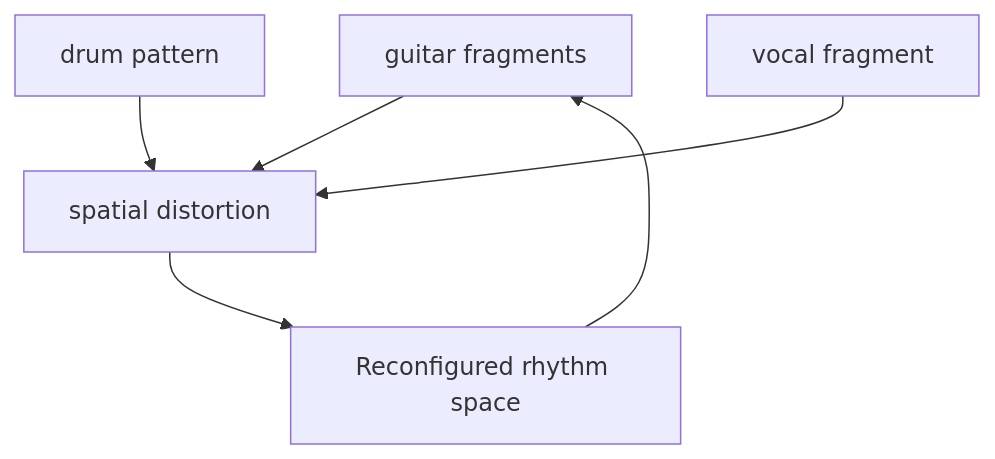
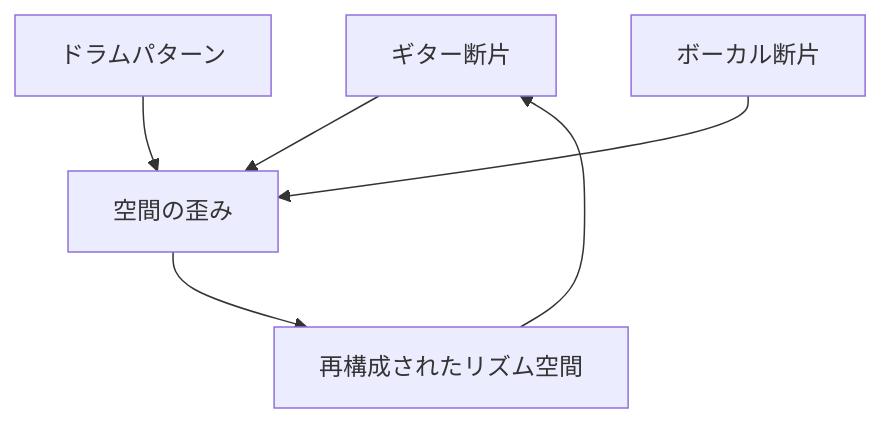
Before and after one commit to monumental-movement/monumental-movement.github.io: the second of 4 diagrams in en/_posts/2026-06-13-column-yhwh-nailgun.md, drawn with Mermaid. The commit also changed other lines of this file and 2196 other files, not shown here.

```diff
--- a/en/_posts/2026-06-13-column-yhwh-nailgun.md
+++ b/en/_posts/2026-06-13-column-yhwh-nailgun.md
@@ -85,8 +84,8 @@
 <div class="mermaid">
 flowchart TD
-G[guitar fragments] --> S[spatial distortion]
-D[drum pattern] --> S
-V[vocal fragment] --> S
-S --> R[Reconfigured rhythm space]
+G[ギター断片] --> S[空間の歪み]
+D[ドラムパターン] --> S
+V[ボーカル断片] --> S
+S --> R[再構成されたリズム空間]
 R --> G
 </div>
```
